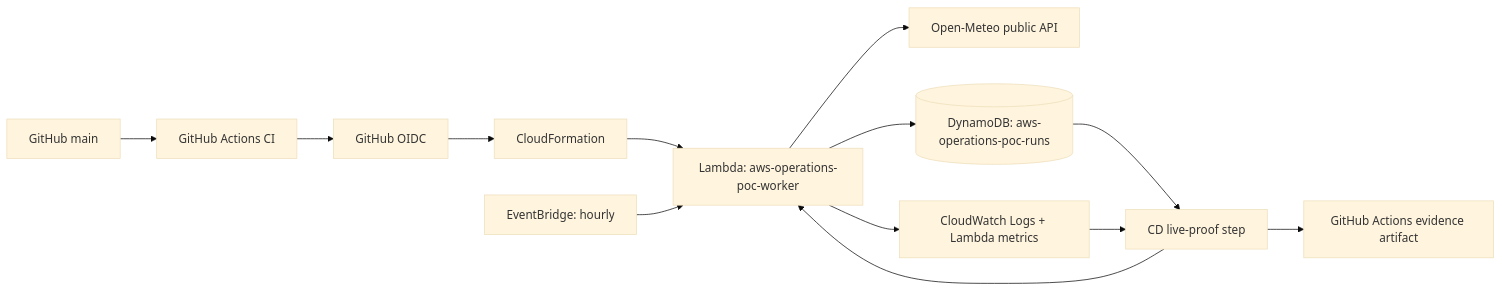
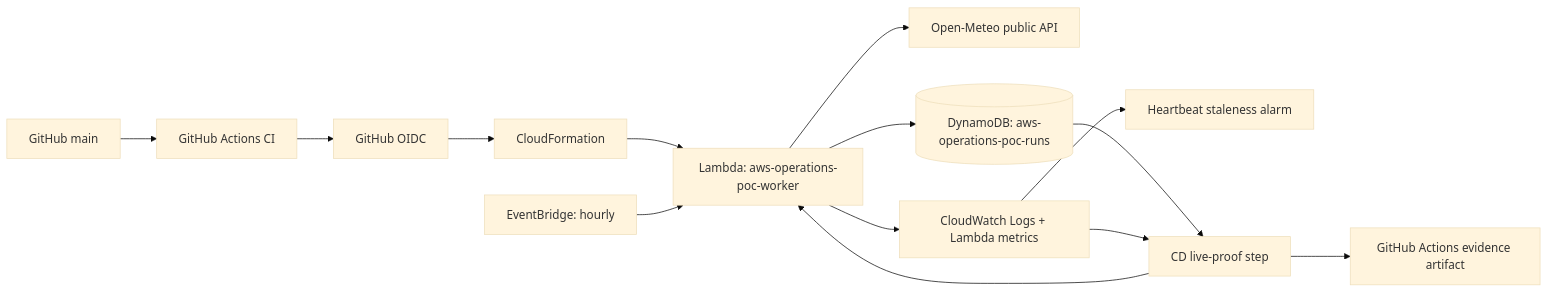
The diagram in README.md (phatcobra/aws-operations-poc), drawn with Mermaid (base theme) before and after one commit. The commit also changed other lines of this file and 2 other files, not shown here.

Commit message:
Add heartbeat staleness detection and finalize operations docs

````diff
--- a/README.md
+++ b/README.md
@@ -28,15 +26,16 @@
 ```mermaid
 flowchart LR
     G[GitHub main] --> CI[GitHub Actions CI]
     CI --> OIDC[GitHub OIDC]
     OIDC --> CFN[CloudFormation]
     CFN --> L[Lambda: aws-operations-poc-worker]
     EB[EventBridge: hourly] --> L
     L --> API[Open-Meteo public API]
     L --> DDB[(DynamoDB: aws-operations-poc-runs)]
     L --> CW[CloudWatch Logs + Lambda metrics]
+    CW --> H[Heartbeat staleness alarm]
     CD[CD live-proof step] --> L
     DDB --> CD
     CW --> CD
     CD --> A[GitHub Actions evidence artifact]
 ```
````
